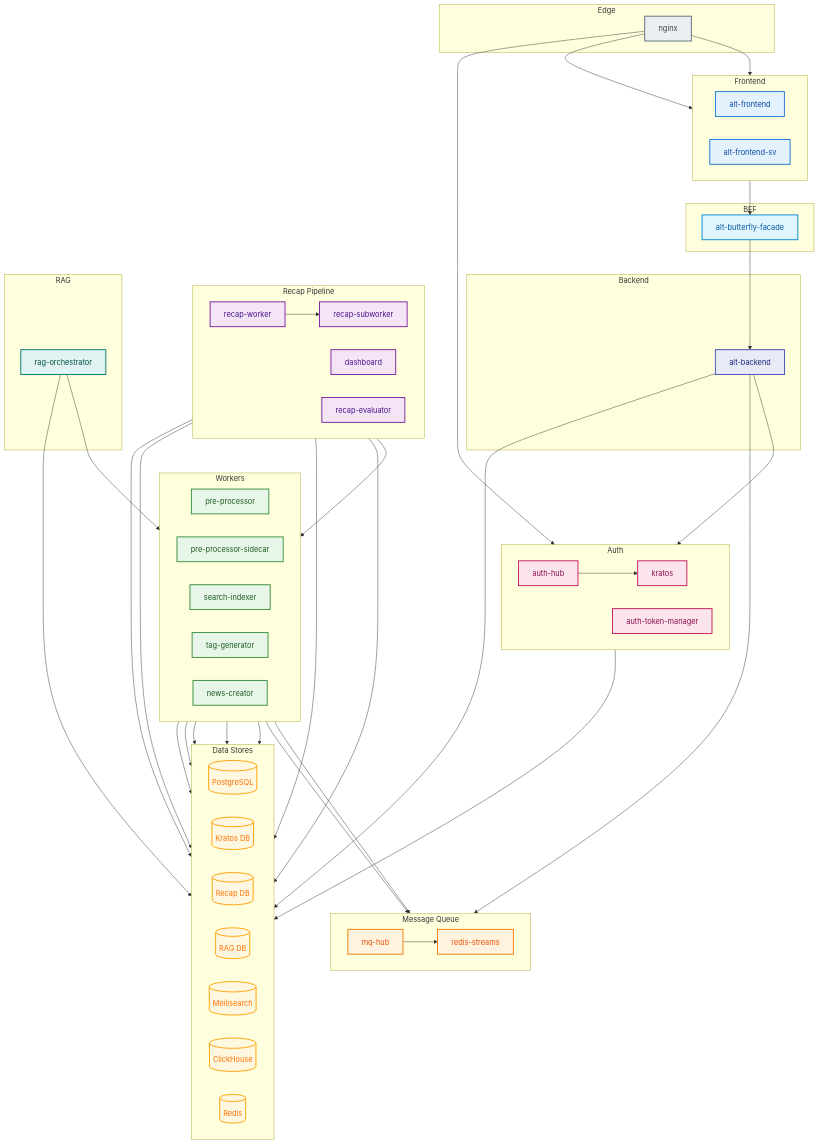
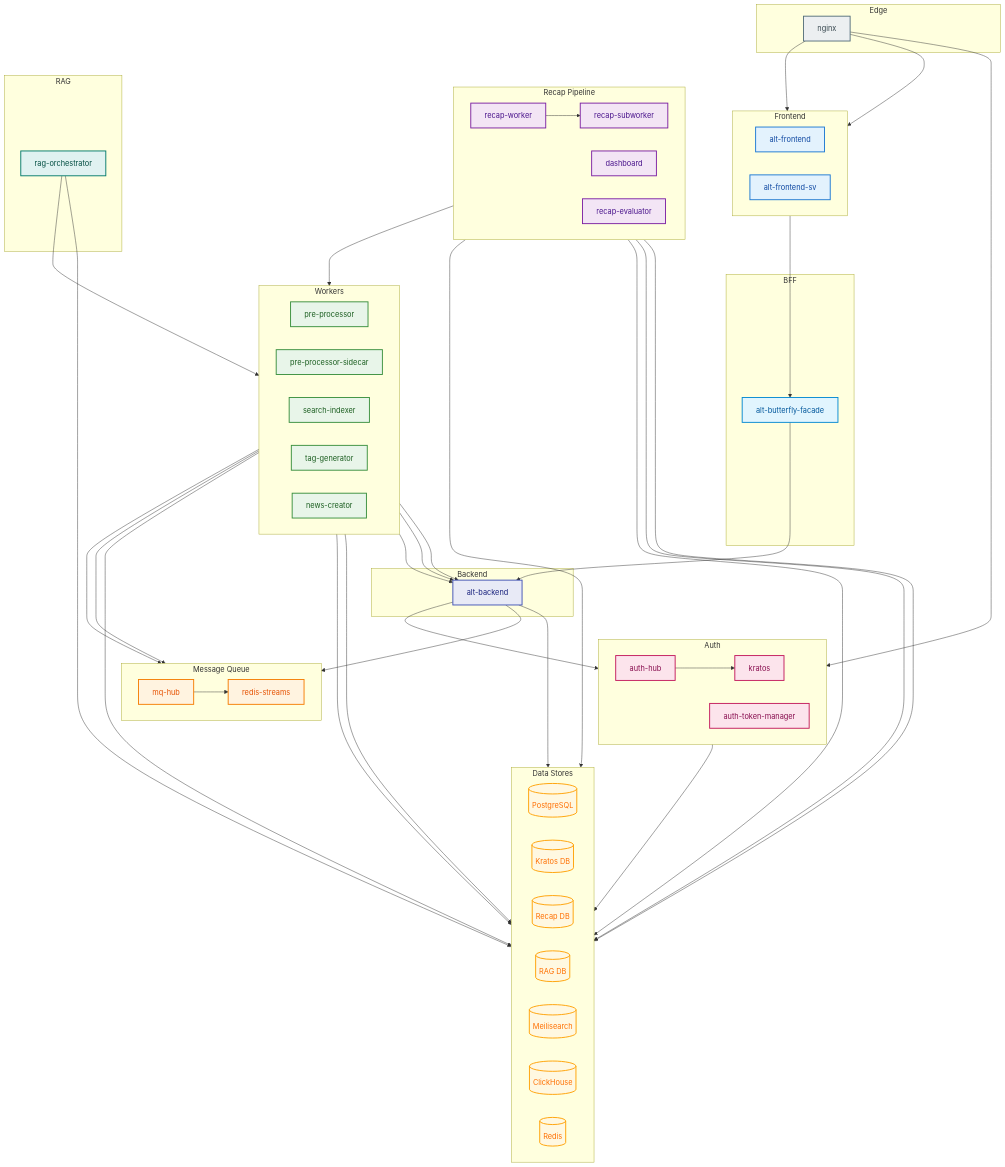
The diagram in docs/services/MICROSERVICES.md (Kaikei-e/Alt), drawn with Mermaid before and after one commit. The commit also changed other lines of this file and 6 other files, not shown here.

```diff
--- a/docs/services/MICROSERVICES.md
+++ b/docs/services/MICROSERVICES.md
@@ -169,10 +169,10 @@
     alt-backend --> db & mq-hub & auth-hub
     auth-hub --> kratos --> kratos-db
 
-    %% Worker connections
-    pre-processor --> db & redis-streams
-    search-indexer --> db & meilisearch
-    tag-generator --> db & redis-streams
+    %% Worker connections (ADR-000241: via alt-backend Internal API)
+    search-indexer --> alt-backend & meilisearch
+    tag-generator --> alt-backend & redis-streams
+    pre-processor --> db & alt-backend & redis-streams
     news-creator --> redis-cache
     mq-hub --> redis-streams
 
```
